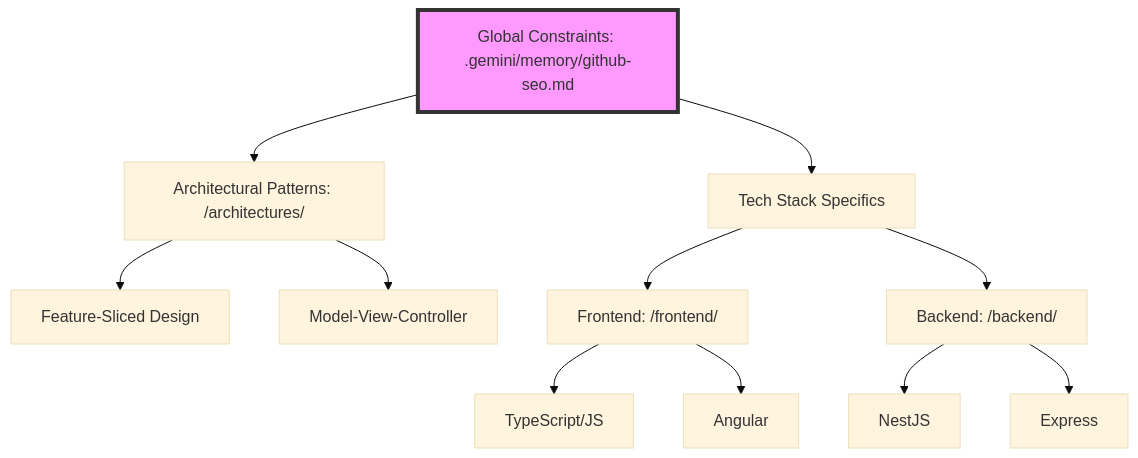
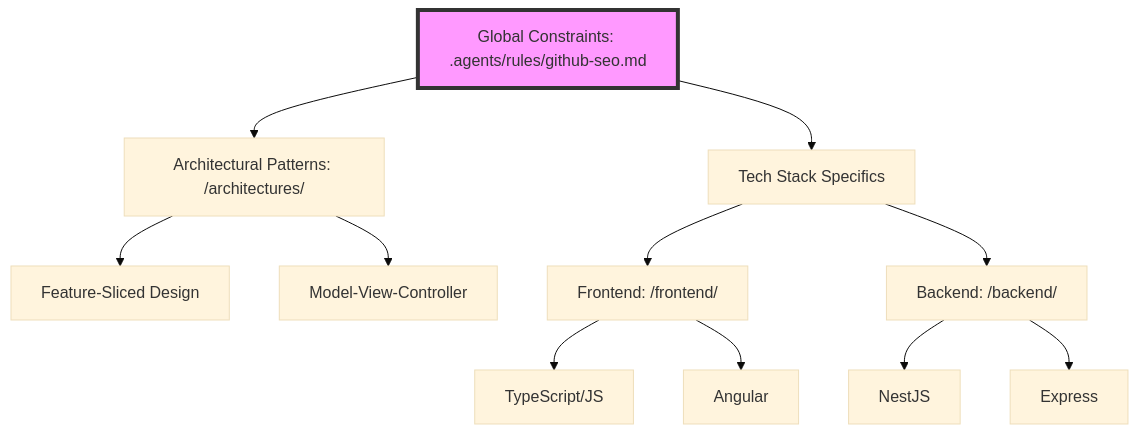
The diagram in agents.md (beginwebdev2002/best-practise), drawn with Mermaid (base theme) before and after one commit. The commit also changed other lines of this file and 14 other files, not shown here.

````diff
--- a/agents.md
+++ b/agents.md
@@ -16,18 +21,18 @@
 ```mermaid
 graph TD
-    Global[Global Constraints: .gemini/memory/github-seo.md] --> Arch[Architectural Patterns: /architectures/]
+    Global[Global Constraints: .agents/rules/github-seo.md] --> Arch[Architectural Patterns: /architectures/]
     Arch --> FSD[Feature-Sliced Design]
     Arch --> MVC[Model-View-Controller]
     
     Global --> Tech[Tech Stack Specifics]
     Tech --> FE[Frontend: /frontend/]
     Tech --> BE[Backend: /backend/]
     
     FE --> TS[TypeScript/JS]
     FE --> Angular[Angular]
     
     BE --> Nest[NestJS]
     BE --> Express[Express]
 
     style Global fill:#f9f,stroke:#333,stroke-width:4px
 ```
````
